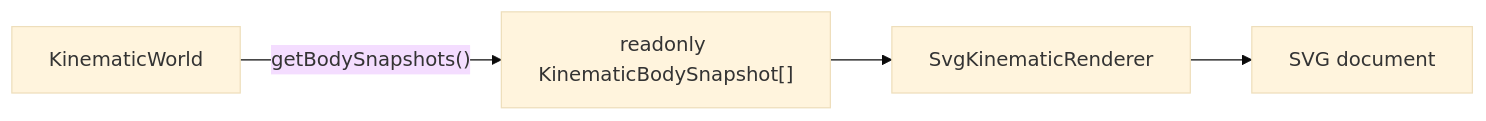
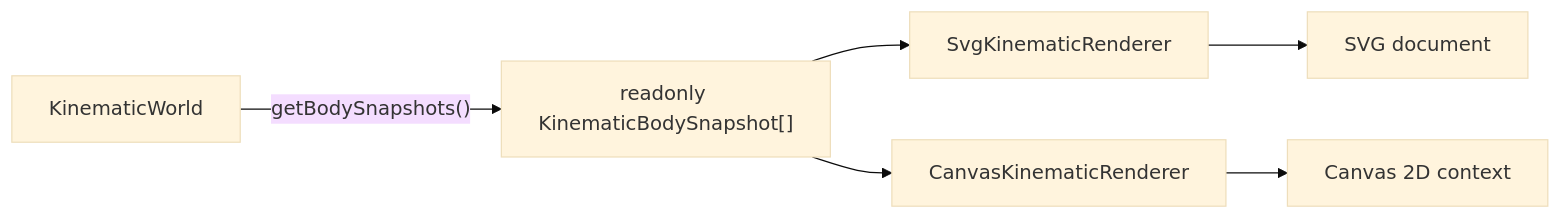
One commit to fa-ribeiro/vLab2D changed diagram 12 of 17 in docs/architecture/README.md. Above: the diagram before and after it, drawn with Mermaid (base theme). The commit also changed other lines of this file and 8 other files, not shown here.

````diff
--- a/docs/architecture/README.md
+++ b/docs/architecture/README.md
@@ -561,14 +565,17 @@
 ```mermaid
 flowchart LR
     WORLD["KinematicWorld"]
 
     SNAP["readonly KinematicBodySnapshot[]"]
 
     SVG["SvgKinematicRenderer"]
+    CANVAS["CanvasKinematicRenderer"]
 
     DOC["SVG document"]
+    CTX["Canvas 2D context"]
 
     WORLD -->|"getBodySnapshots()"| SNAP
-    SNAP --> SVG
-    SVG --> DOC
+
+    SNAP --> SVG --> DOC
+    SNAP --> CANVAS --> CTX
 ```
````
